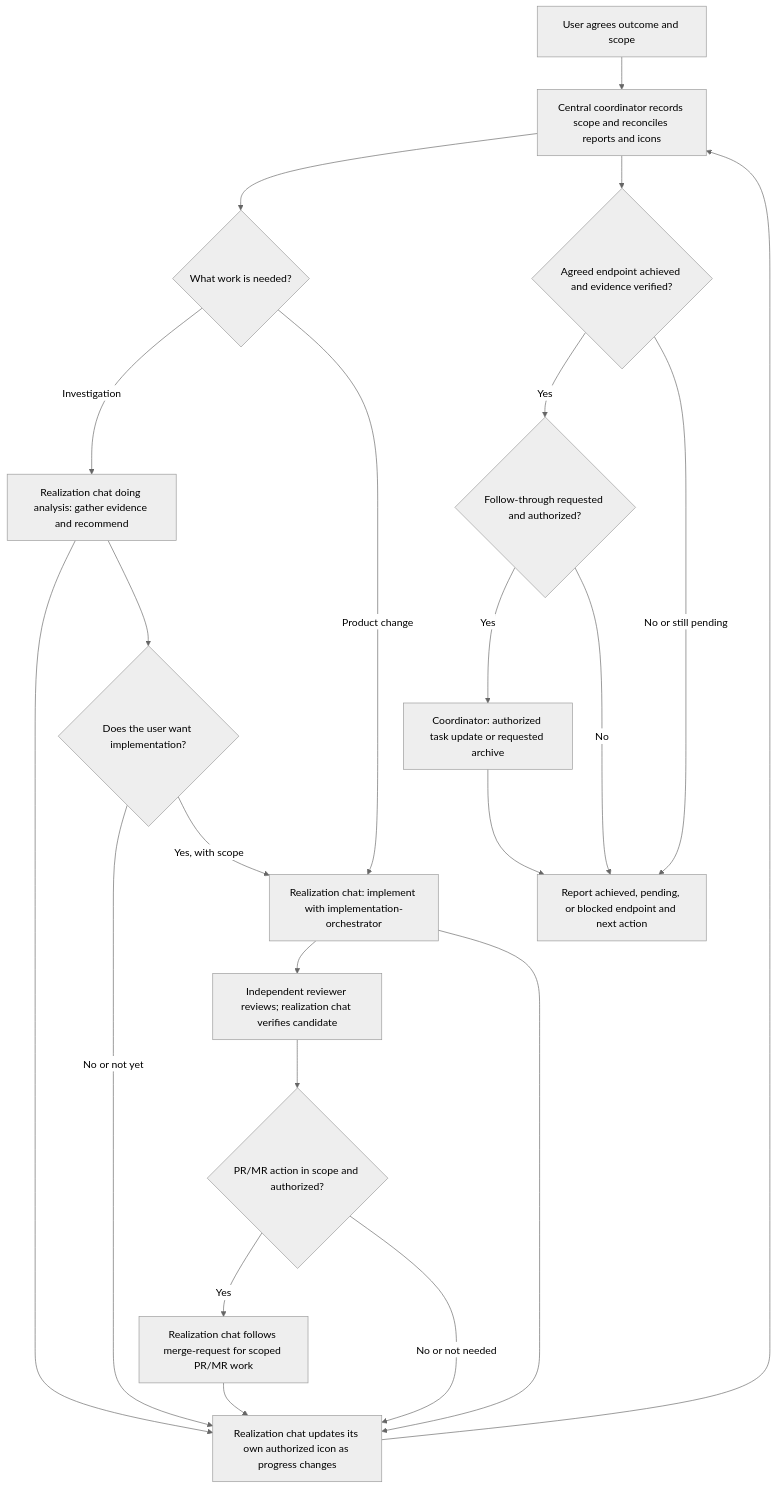
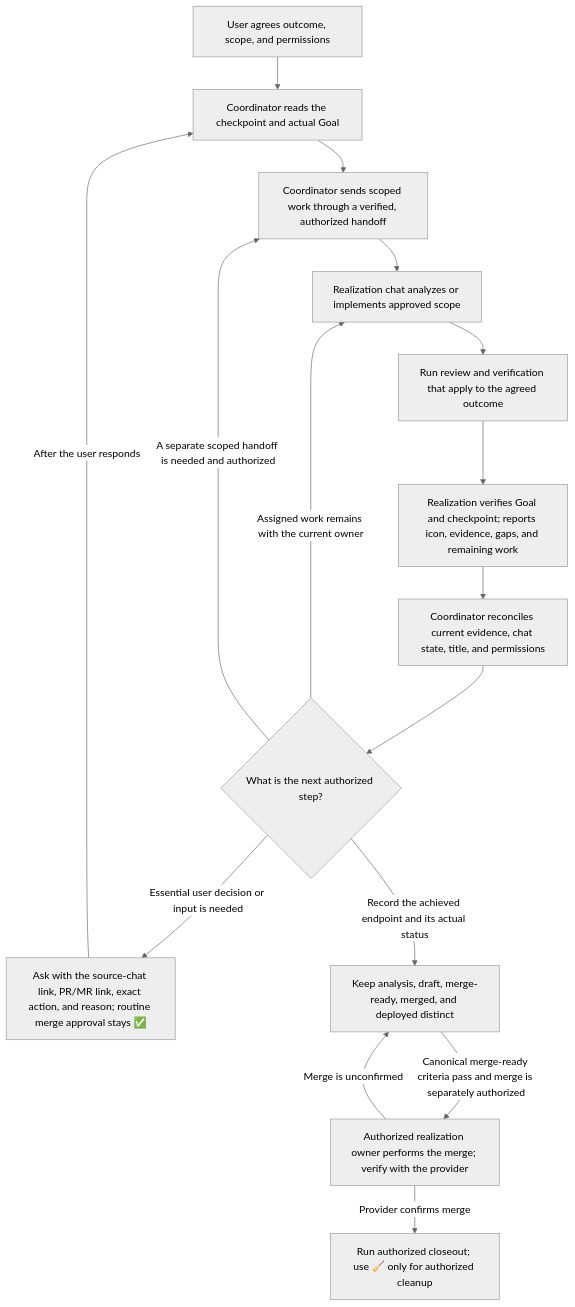
The diagram in docs/development-coordinator.md (antstudiocz/ant-marketplace), drawn with Mermaid (neutral theme) before and after one commit. The commit also changed other lines of this file and 3 other files, not shown here.

Commit message:
chore: clarify coordinator workflow and status lifecycle

````diff
--- a/docs/development-coordinator.md
+++ b/docs/development-coordinator.md
@@ -7,24 +9,18 @@
 ```mermaid
 flowchart TD
-    U[User agrees outcome and scope] --> C[Central coordinator records scope and reconciles reports and icons]
-    C --> R{What work is needed?}
-    R -->|Investigation| A[Realization chat doing analysis: gather evidence and recommend]
-    R -->|Product change| I[Realization chat: implement with implementation-orchestrator]
-    A --> L[Realization chat updates its own authorized icon as progress changes]
-    A --> DI{Does the user want implementation?}
-    DI -->|No or not yet| L
-    DI -->|Yes, with scope| I
-    I --> V[Independent reviewer reviews; realization chat verifies candidate]
-    I --> L
-    V --> P{PR/MR action in scope and authorized?}
-    P -->|Yes| M[Realization chat follows merge-request for scoped PR/MR work]
-    P -->|No or not needed| L
-    M --> L
-    L --> C
-    C --> G{Agreed endpoint achieved and evidence verified?}
-    G -->|Yes| Q{Follow-through requested and authorized?}
-    G -->|No or still pending| Z[Report achieved, pending, or blocked endpoint and next action]
-    Q -->|Yes| F[Coordinator: authorized task update or requested archive]
-    Q -->|No| Z
-    F --> Z
+    U[User agrees outcome, scope, and permissions] --> C[Coordinator reads the checkpoint and actual Goal]
+    C --> H[Coordinator sends scoped work through a verified, authorized handoff]
+    H --> W[Realization chat analyzes or implements approved scope]
+    W --> V[Run review and verification that apply to the agreed outcome]
+    V --> P[Realization verifies Goal and checkpoint; reports icon, evidence, gaps, and remaining work]
+    P --> R[Coordinator reconciles current evidence, chat state, title, and permissions]
+    R --> N{What is the next authorized step?}
+    N -->|Assigned work remains with the current owner| W
+    N -->|A separate scoped handoff is needed and authorized| H
+    N -->|Essential user decision or input is needed| A[Ask with the source-chat link, PR/MR link, exact action, and reason; routine merge approval stays ✅]
+    A -->|After the user responds| C
+    N -->|Record the achieved endpoint and its actual status| E[Keep analysis, draft, merge-ready, merged, and deployed distinct]
+    E -->|Canonical merge-ready criteria pass and merge is separately authorized| M[Authorized realization owner performs the merge; verify with the provider]
+    M -->|Provider confirms merge| F[Run authorized closeout; use 🧹 only for authorized cleanup]
+    M -->|Merge is unconfirmed| E
 ```
````
